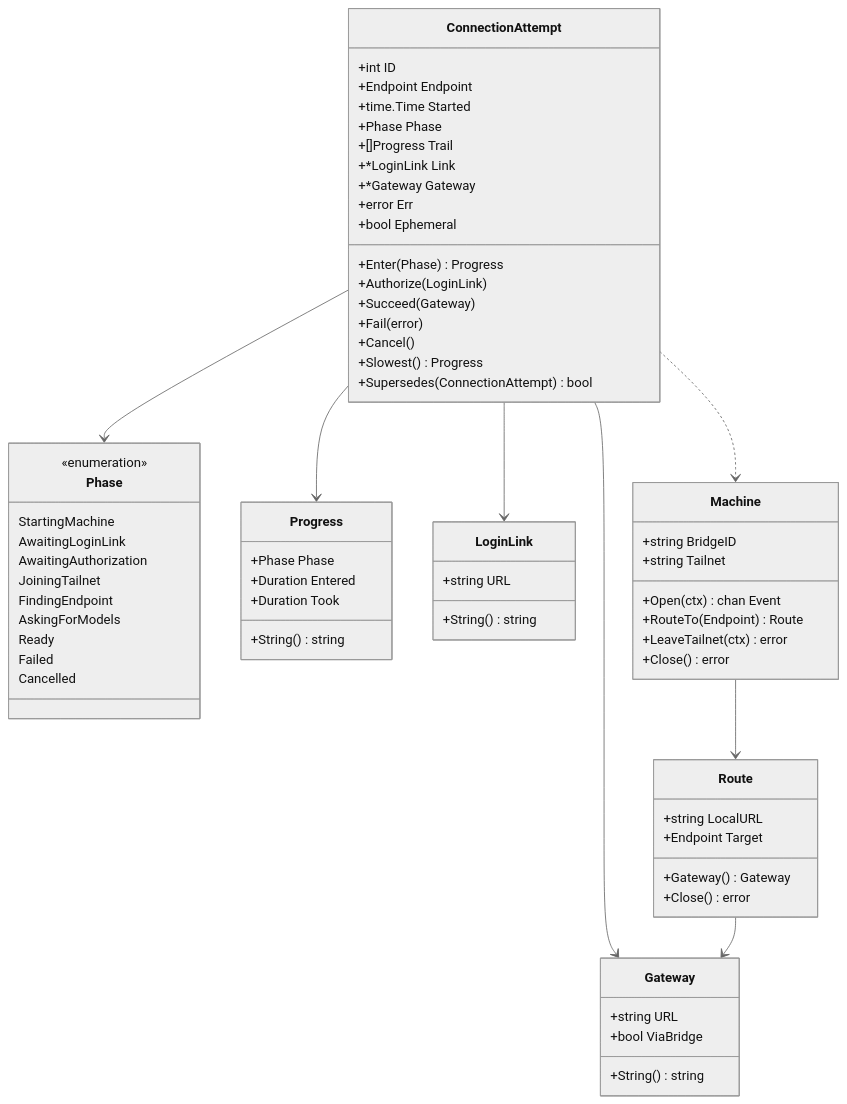
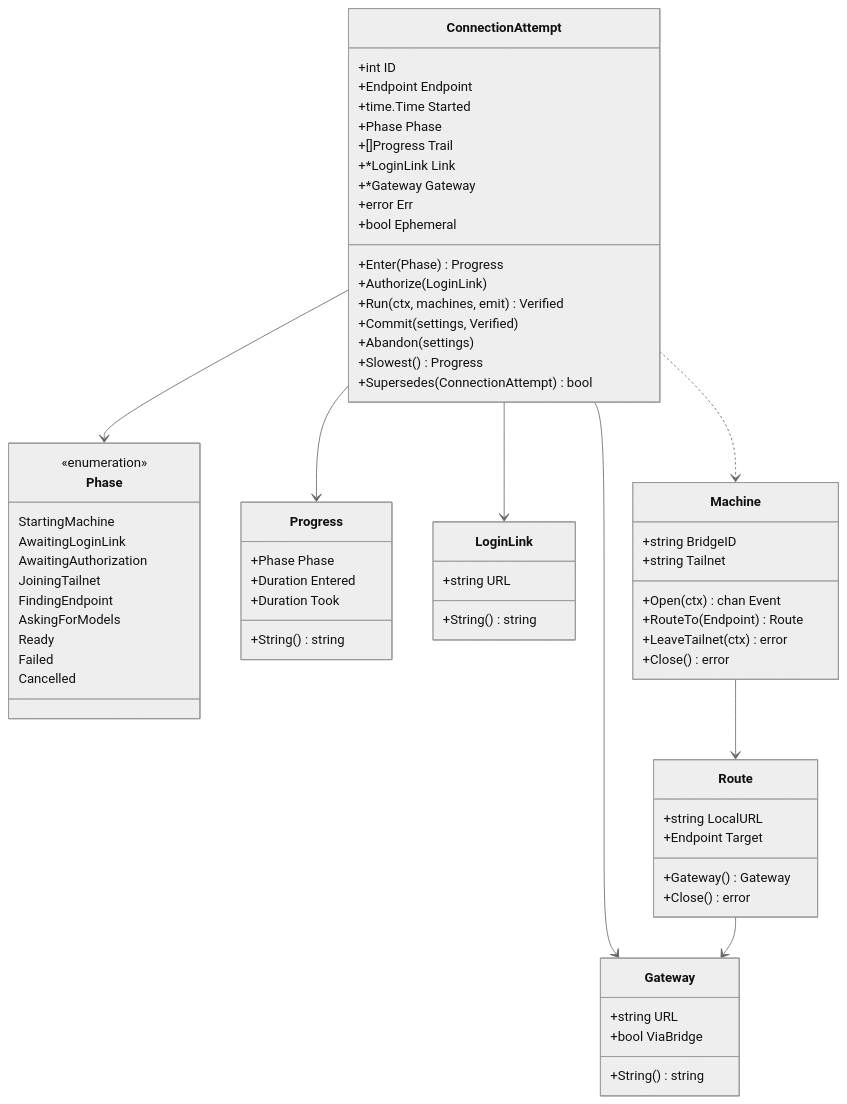
One commit to tailscale/aperture-cli changed the fourth of 4 diagrams in docs/specs/connection-domain-model.md. Above: the diagram before and after it, drawn with Mermaid (neutral theme). The commit also changed other lines of this file and 5 other files, not shown here.

````diff
--- a/docs/specs/connection-domain-model.md
+++ b/docs/specs/connection-domain-model.md
@@ -358,69 +361,69 @@
 ```mermaid
 classDiagram
     class ConnectionAttempt {
         +int ID
         +Endpoint Endpoint
         +time.Time Started
         +Phase Phase
         +[]Progress Trail
         +*LoginLink Link
         +*Gateway Gateway
         +error Err
         +bool Ephemeral
         +Enter(Phase) Progress
         +Authorize(LoginLink)
-        +Succeed(Gateway)
-        +Fail(error)
-        +Cancel()
+        +Run(ctx, machines, emit) Verified
+        +Commit(settings, Verified)
+        +Abandon(settings)
         +Slowest() Progress
         +Supersedes(ConnectionAttempt) bool
     }
     class Phase {
         <<enumeration>>
         StartingMachine
         AwaitingLoginLink
         AwaitingAuthorization
         JoiningTailnet
         FindingEndpoint
         AskingForModels
         Ready
         Failed
         Cancelled
     }
     class Progress {
         +Phase Phase
         +Duration Entered
         +Duration Took
         +String() string
     }
     class LoginLink {
         +string URL
         +String() string
     }
     class Gateway {
         +string URL
         +bool ViaBridge
         +String() string
     }
     class Machine {
         +string BridgeID
         +string Tailnet
         +Open(ctx) chan Event
         +RouteTo(Endpoint) Route
         +LeaveTailnet(ctx) error
         +Close() error
     }
     class Route {
         +string LocalURL
         +Endpoint Target
         +Gateway() Gateway
         +Close() error
     }
     ConnectionAttempt --> Phase
     ConnectionAttempt --> Progress
     ConnectionAttempt --> LoginLink
     ConnectionAttempt --> Gateway
     ConnectionAttempt ..> Machine
     Machine --> Route
     Route --> Gateway
 ```
````
